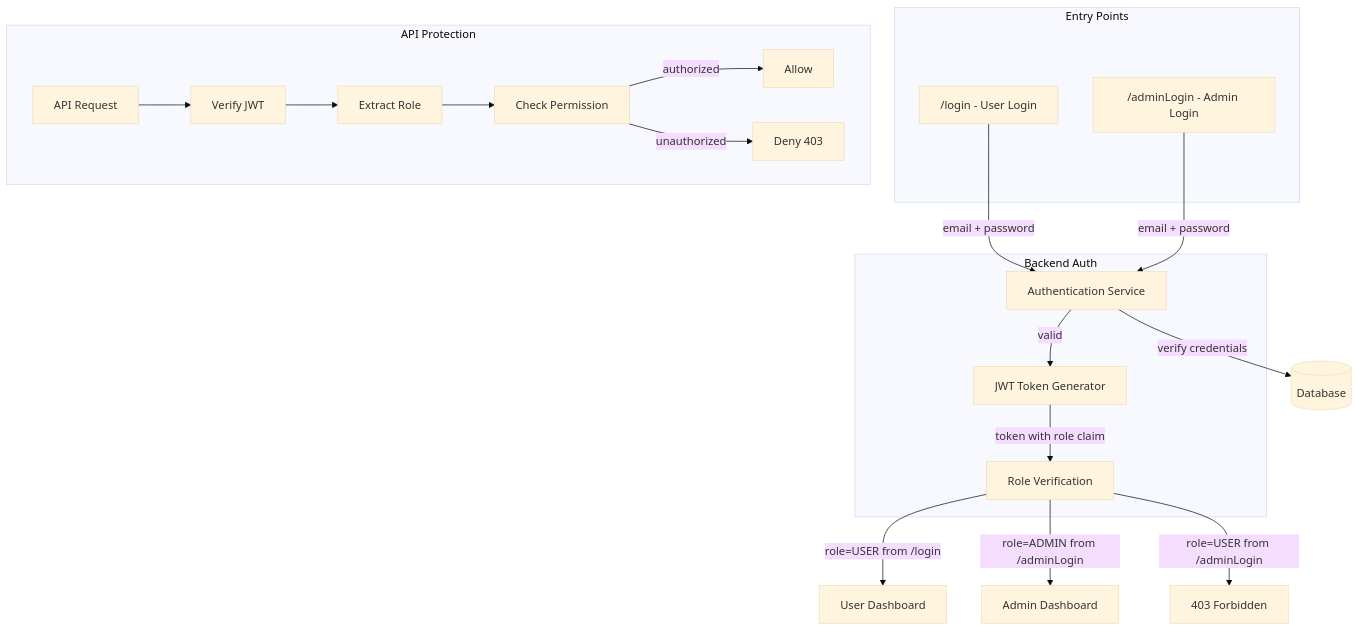
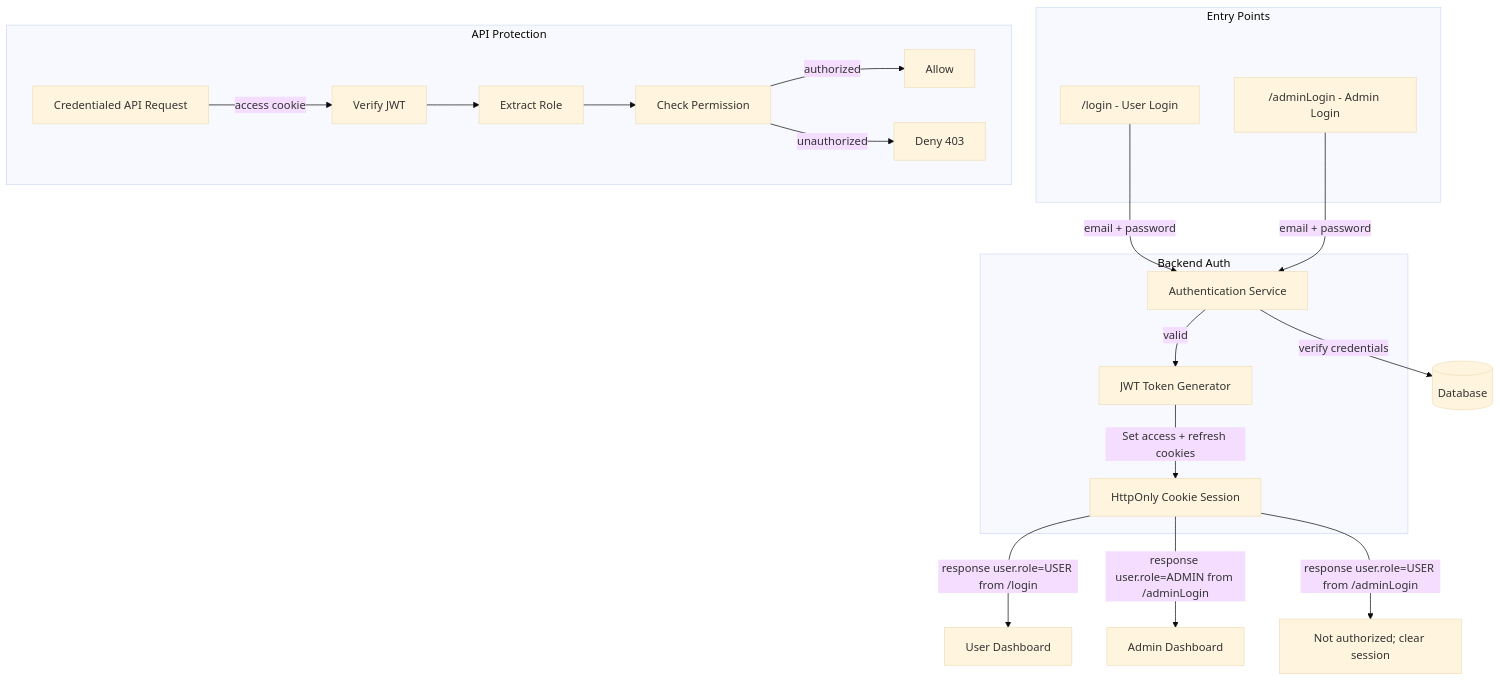
The fourth of 12 diagrams in implementation_plan_vgu_buddy.md (dat1507/buddyWebVer2), drawn with Mermaid (base theme) before and after one commit. The commit also changed other lines of this file, not shown here.

Commit message:
docs(auth): finalize secure session architecture

````diff
--- a/implementation_plan_vgu_buddy.md
+++ b/implementation_plan_vgu_buddy.md
@@ -257,36 +257,36 @@
 ```mermaid
 graph TB
     subgraph "Entry Points"
         UL["/login - User Login"]
         AL["/adminLogin - Admin Login"]
     end
 
     subgraph "Backend Auth"
         AUTH[Authentication Service]
         JWT_GEN[JWT Token Generator]
-        ROLE_CHECK[Role Verification]
+        SESSION[HttpOnly Cookie Session]
     end
 
     UL -->|email + password| AUTH
     AL -->|email + password| AUTH
     AUTH -->|verify credentials| DB[(Database)]
     AUTH -->|valid| JWT_GEN
-    JWT_GEN -->|token with role claim| ROLE_CHECK
+    JWT_GEN -->|Set access + refresh cookies| SESSION
 
-    ROLE_CHECK -->|role=USER from /login| U_DASH[User Dashboard]
-    ROLE_CHECK -->|role=ADMIN from /adminLogin| A_DASH[Admin Dashboard]
-    ROLE_CHECK -->|role=USER from /adminLogin| REJECT[403 Forbidden]
+    SESSION -->|response user.role=USER from /login| U_DASH[User Dashboard]
+    SESSION -->|response user.role=ADMIN from /adminLogin| A_DASH[Admin Dashboard]
+    SESSION -->|response user.role=USER from /adminLogin| REJECT[Not authorized; clear session]
 
     subgraph "API Protection"
-        API_REQ[API Request]
+        API_REQ[Credentialed API Request]
         VERIFY[Verify JWT]
         EXTRACT[Extract Role]
         PERM[Check Permission]
         ALLOW[Allow]
         DENY[Deny 403]
     end
 
-    API_REQ --> VERIFY --> EXTRACT --> PERM
+    API_REQ -->|access cookie| VERIFY --> EXTRACT --> PERM
     PERM -->|authorized| ALLOW
     PERM -->|unauthorized| DENY
 ```
````
